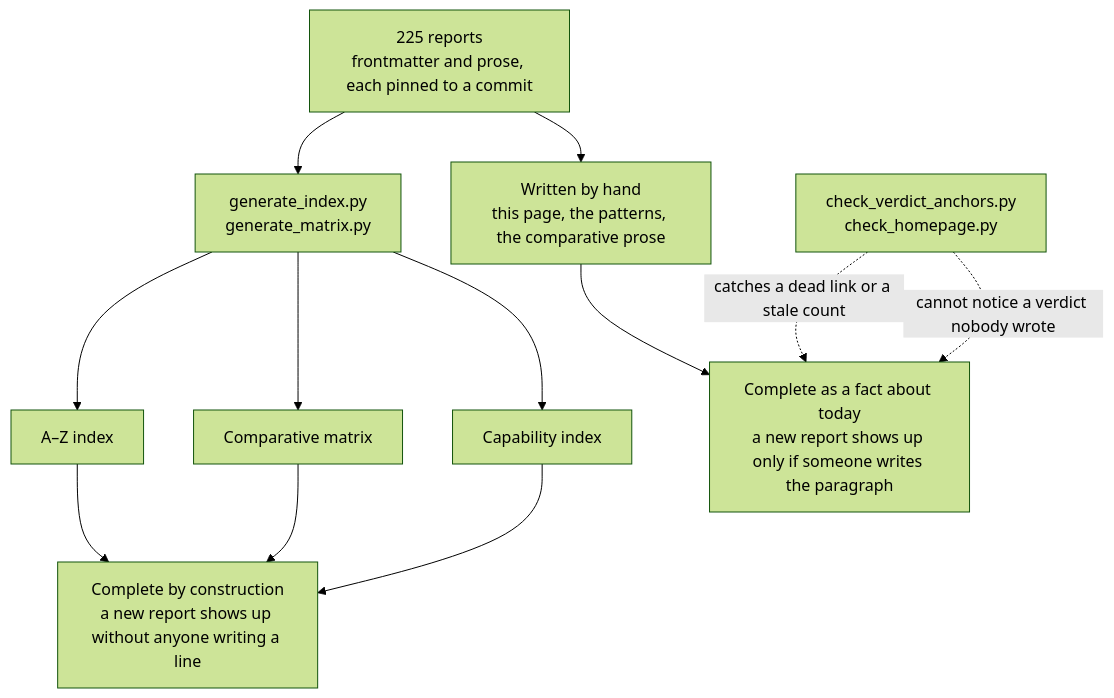
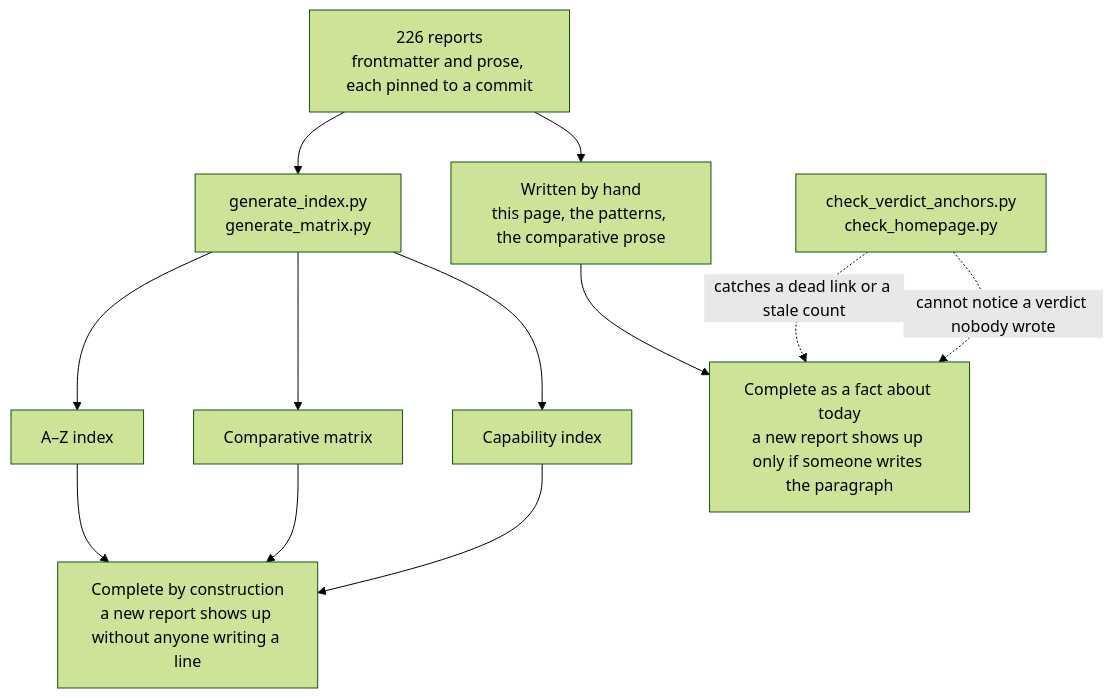
One commit to neoneye/agent-memory-atlas changed the diagram in content/verdicts.md. Above: the diagram before and after it, drawn with Mermaid (forest theme). The commit also changed other lines of this file and 19 other files, not shown here.

````diff
--- a/content/verdicts.md
+++ b/content/verdicts.md
@@ -40,15 +40,15 @@
 ```mermaid
 flowchart TD
-    R["225 reports<br/>frontmatter and prose, each pinned to a commit"]
+    R["226 reports<br/>frontmatter and prose, each pinned to a commit"]
     R --> GEN["generate_index.py<br/>generate_matrix.py"]
     R --> HAND["Written by hand<br/>this page, the patterns, the comparative prose"]
     GEN --> AZ["A–Z index"]
     GEN --> MX["Comparative matrix"]
     GEN --> CI["Capability index"]
     AZ --> CONST["Complete by construction<br/>a new report shows up without anyone writing a line"]
     MX --> CONST
     CI --> CONST
     HAND --> TODAY["Complete as a fact about today<br/>a new report shows up only if someone writes the paragraph"]
     CHK["check_verdict_anchors.py<br/>check_homepage.py"] -.->|"catches a dead link or a stale count"| TODAY
     CHK -.->|"cannot notice a verdict nobody wrote"| TODAY
 ```
````
